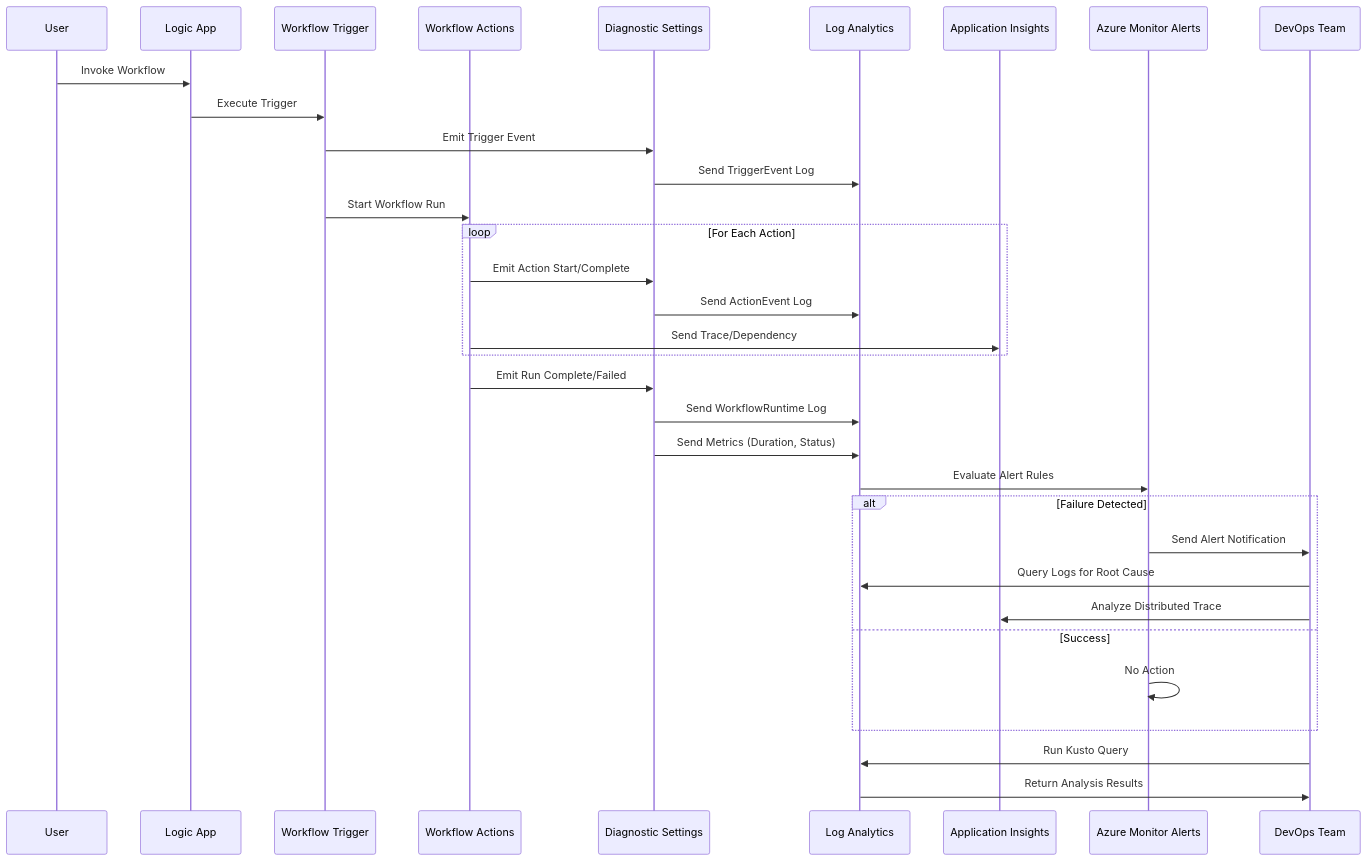
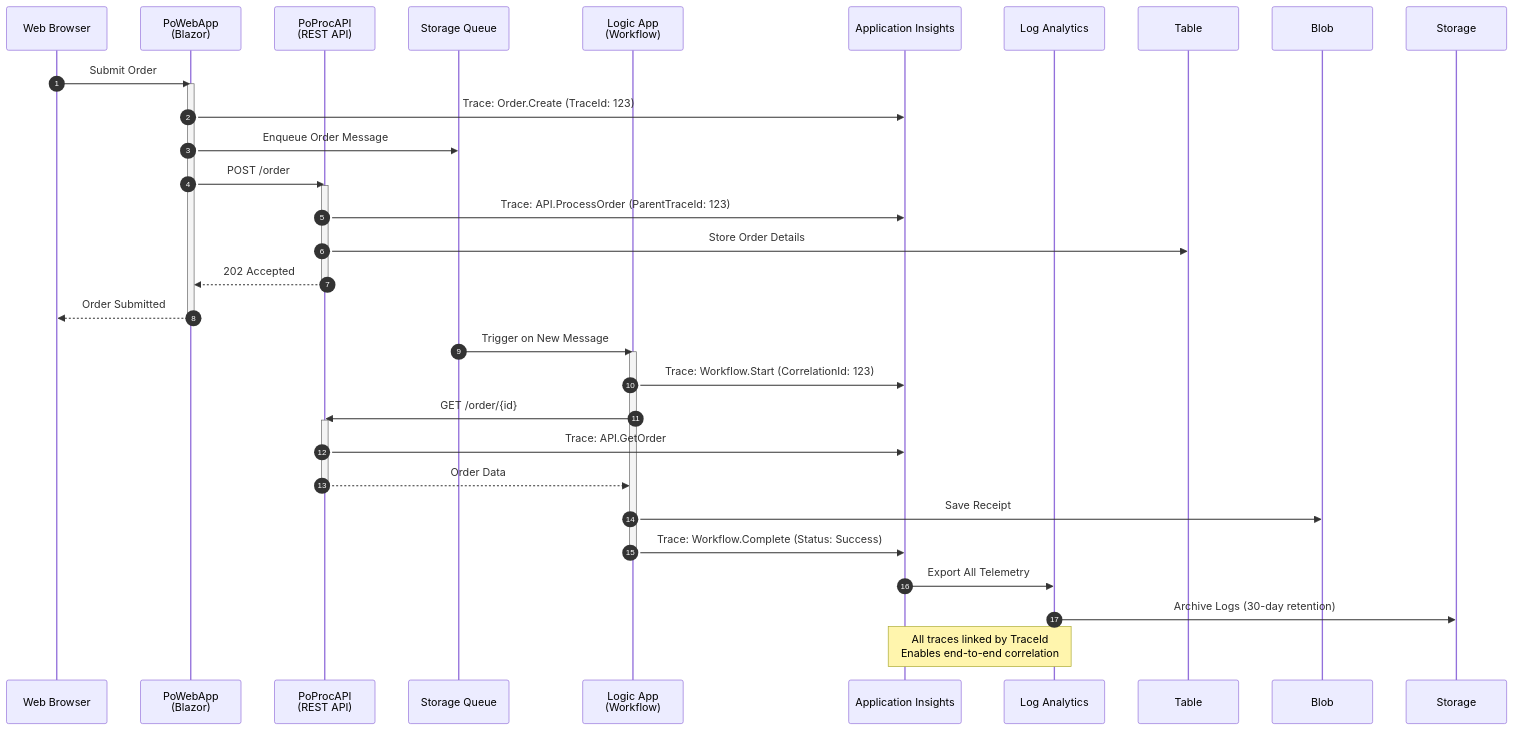
One commit to Evilazaro/Azure-LogicApps-Monitoring changed the second of 2 diagrams in README.md. Above: the diagram before and after it, drawn with Mermaid. The commit also changed other lines of this file, not shown here.

````diff
--- a/README.md
+++ b/README.md
@@ -164,42 +175,41 @@
 ```mermaid
 sequenceDiagram
-    participant User
-    participant LogicApp as Logic App
-    participant Trigger as Workflow Trigger
-    participant Actions as Workflow Actions
-    participant DS as Diagnostic Settings
-    participant LA as Log Analytics
+    autonumber
+    participant User as Web Browser
+    participant WebApp as PoWebApp<br/>(Blazor)
+    participant API as PoProcAPI<br/>(REST API)
+    participant Queue as Storage Queue
+    participant LogicApp as Logic App<br/>(Workflow)
     participant AI as Application Insights
-    participant Alerts as Azure Monitor Alerts
-    participant DevOps as DevOps Team
-    
-    User->>LogicApp: Invoke Workflow
-    LogicApp->>Trigger: Execute Trigger
-    Trigger->>DS: Emit Trigger Event
-    DS->>LA: Send TriggerEvent Log
-    
-    Trigger->>Actions: Start Workflow Run
-    
-    loop For Each Action
-        Actions->>DS: Emit Action Start/Complete
-        DS->>LA: Send ActionEvent Log
-        Actions->>AI: Send Trace/Dependency
-    end
-    
-    Actions->>DS: Emit Run Complete/Failed
-    DS->>LA: Send WorkflowRuntime Log
-    DS->>LA: Send Metrics (Duration, Status)
-    
-    LA->>Alerts: Evaluate Alert Rules
-    
-    alt Failure Detected
-        Alerts->>DevOps: Send Alert Notification
-        DevOps->>LA: Query Logs for Root Cause
-        DevOps->>AI: Analyze Distributed Trace
-    else Success
-        Alerts->>Alerts: No Action
-    end
-    
-    DevOps->>LA: Run Kusto Query
-    LA->>DevOps: Return Analysis Results
+    participant LAW as Log Analytics
+
+    User->>WebApp: Submit Order
+    activate WebApp
+    WebApp->>AI: Trace: Order.Create (TraceId: 123)
+    WebApp->>Queue: Enqueue Order Message
+    WebApp->>API: POST /order
+    activate API
+    API->>AI: Trace: API.ProcessOrder (ParentTraceId: 123)
+    API->>Table: Store Order Details
+    API-->>WebApp: 202 Accepted
+    deactivate API
+    WebApp-->>User: Order Submitted
+    deactivate WebApp
+
+    Queue->>LogicApp: Trigger on New Message
+    activate LogicApp
+    LogicApp->>AI: Trace: Workflow.Start (CorrelationId: 123)
+    LogicApp->>API: GET /order/{id}
+    activate API
+    API->>AI: Trace: API.GetOrder
+    API-->>LogicApp: Order Data
+    deactivate API
+    LogicApp->>Blob: Save Receipt
+    LogicApp->>AI: Trace: Workflow.Complete (Status: Success)
+    deactivate LogicApp
+
+    AI->>LAW: Export All Telemetry
+    LAW->>Storage: Archive Logs (30-day retention)
+
+    Note over AI,LAW: All traces linked by TraceId<br/>Enables end-to-end correlation
 ```
````
